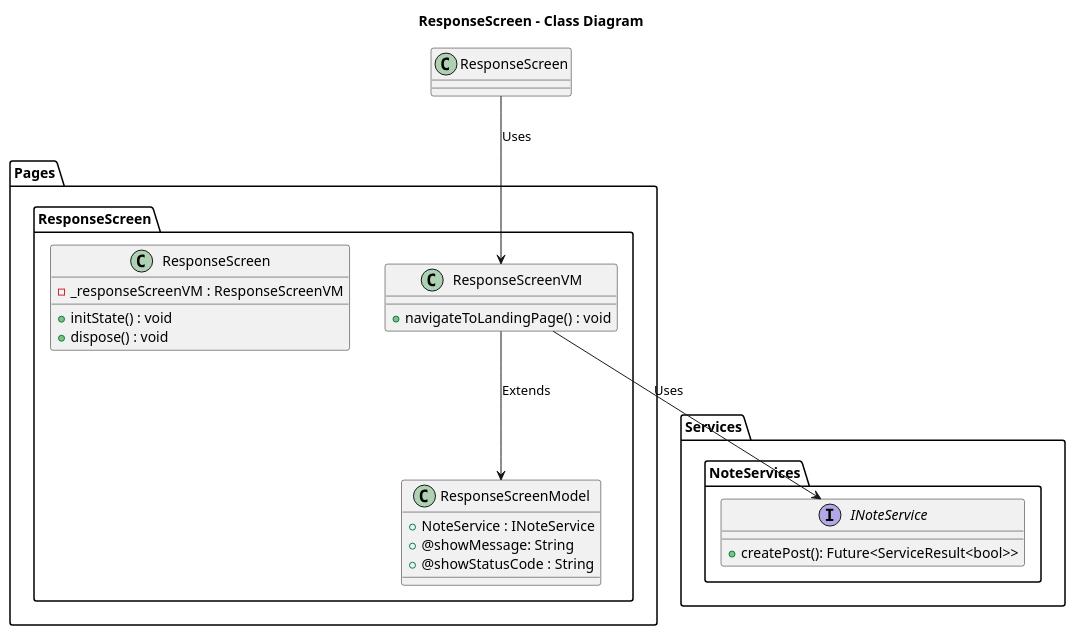
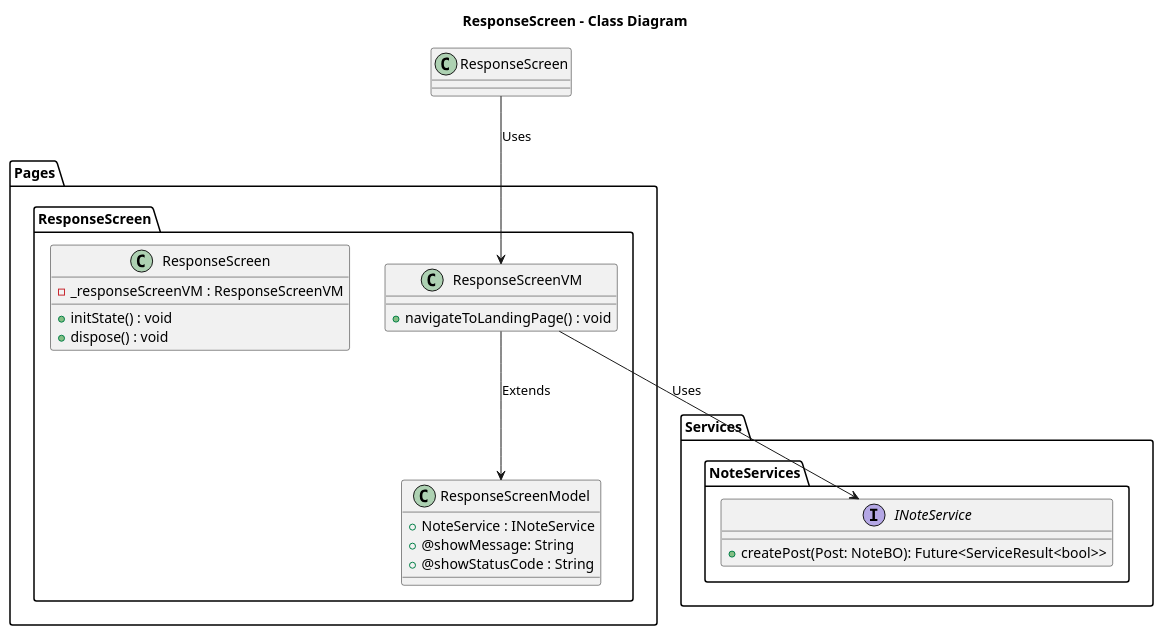
One commit to ThirumuruganArumugam/social_media changed the diagram in lib/Pages/ResponseScreen/Design/ResponseScreen-Class.puml. Above: the diagram before and after it, drawn with PlantUML. The commit also changed 3 other files, not shown here.

Commit message:
updated class diagram final

```diff
--- a/lib/Pages/ResponseScreen/Design/ResponseScreen-Class.puml
+++ b/lib/Pages/ResponseScreen/Design/ResponseScreen-Class.puml
@@ -1,34 +1,34 @@
 @startuml ResponseScreen - Class
 
 title ResponseScreen - Class Diagram
 
 package Pages{
     package ResponseScreen{
         class ResponseScreenModel{
             + NoteService : INoteService
             + @showMessage: String
             + @showStatusCode : String
         }
         class ResponseScreenVM{
             + navigateToLandingPage() : void
         }
         class ResponseScreen{
             - _responseScreenVM : ResponseScreenVM
             + initState() : void
             + dispose() : void
         }
     }
 }
 
 package Services{
     package NoteServices{
         interface INoteService{
-            + createPost(): Future<ServiceResult<bool>>
+            + createPost(Post: NoteBO): Future<ServiceResult<bool>>
         }
     }
 }
 
 ResponseScreen --> ResponseScreenVM : Uses
 ResponseScreenVM --> ResponseScreenModel : Extends
 ResponseScreenVM --> INoteService : Uses
 @enduml
```
